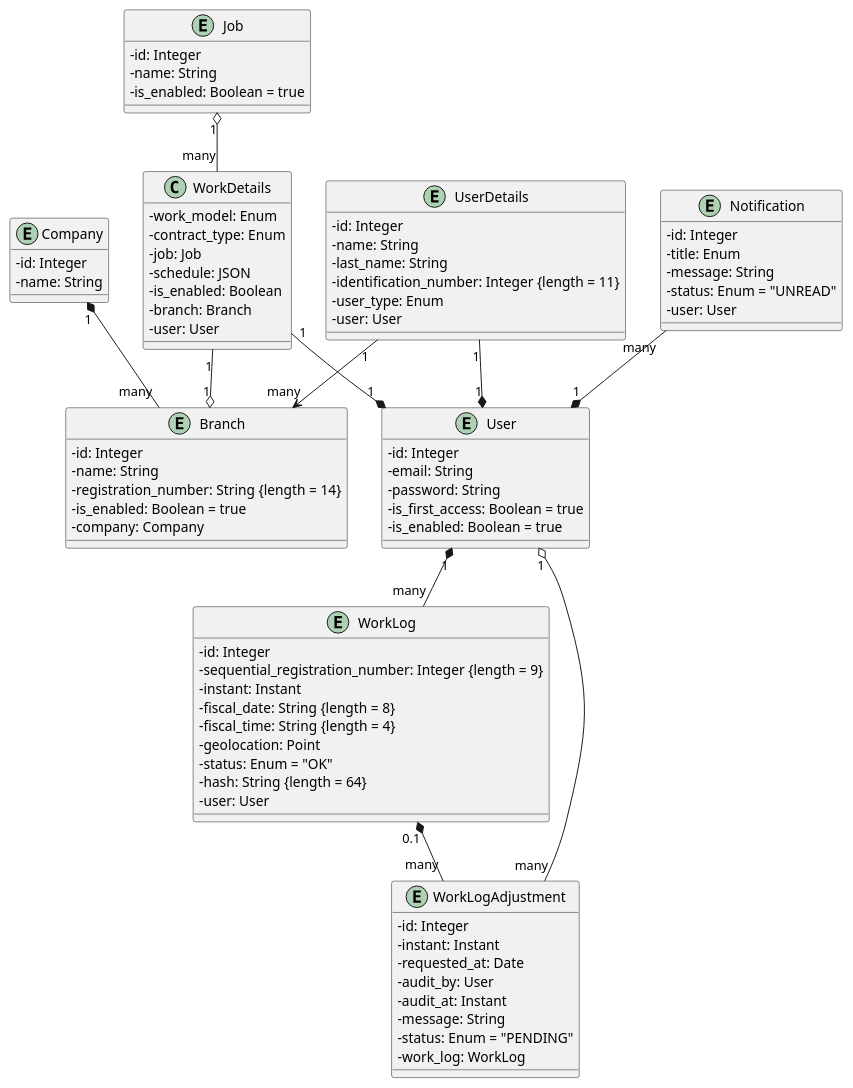
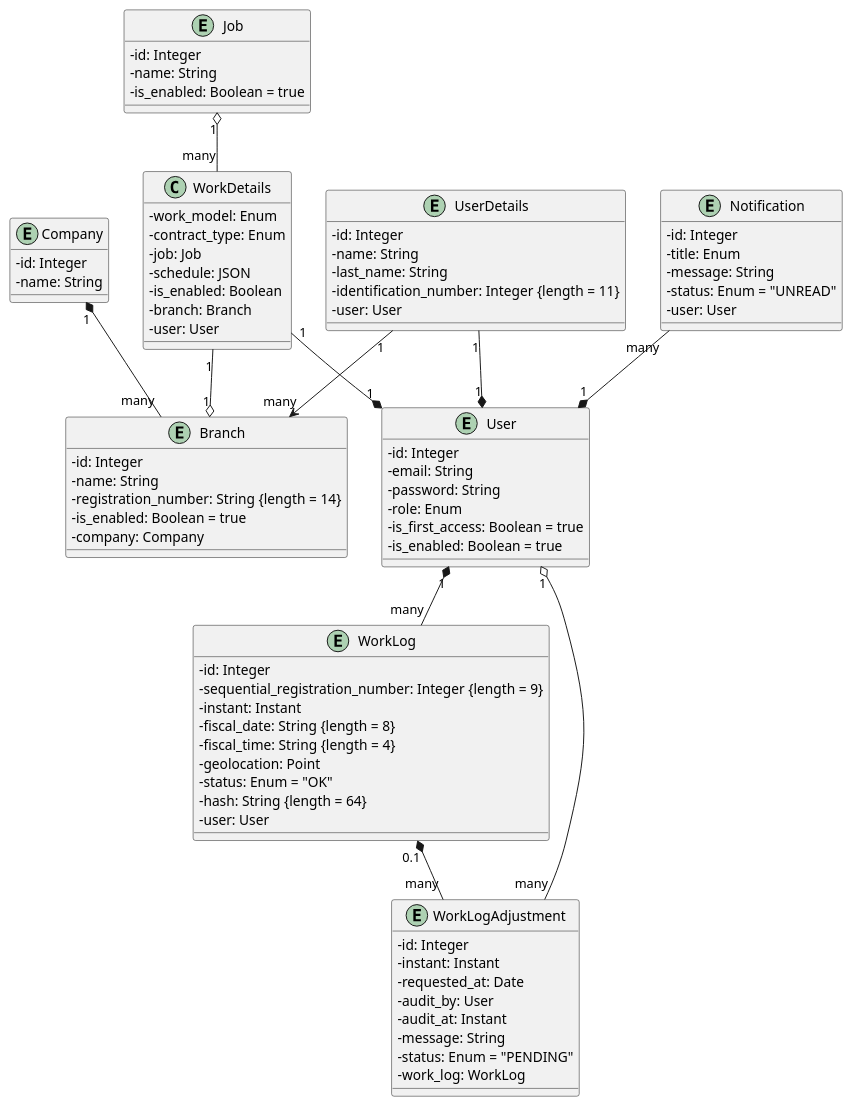
The diagram in docs/diagrams/business.wsd (yamacinelli/elefante), drawn with PlantUML before and after one commit. The commit also changed 21 other files, not shown here.

```diff
--- a/docs/diagrams/business.wsd
+++ b/docs/diagrams/business.wsd
@@ -1,115 +1,115 @@
 @startuml business
 skinparam classAttributeIconSize 0
 
 ' ===== Job =====
 entity "Job" {
   - id: Integer
   - name: String
   - is_enabled: Boolean = true
 }
 
 ' ===== Work Details =====
 class WorkDetails {
   - work_model: Enum
   - contract_type: Enum
   - job: Job
   - schedule: JSON
   - is_enabled: Boolean
   - branch: Branch
   - user: User
 }
 
 ' ===== Company =====
 entity Company {
   - id: Integer
   - name: String
 }
 
 ' ===== Branch =====
 entity Branch {
   - id: Integer
   - name: String
   - registration_number: String {length = 14}
   - is_enabled: Boolean = true
   - company: Company
 }
 
 ' ===== User Details =====
 entity UserDetails {
   - id: Integer
   - name: String
   - last_name: String
   - identification_number: Integer {length = 11}
-  - user_type: Enum
   - user: User
 }
 
 ' ===== User =====
 entity User {
   - id: Integer
   - email: String
   - password: String
+  - role: Enum
   - is_first_access: Boolean = true
   - is_enabled: Boolean = true
 }
 
 ' ===== Work Log =====
 entity WorkLog {
   - id: Integer
   - sequential_registration_number: Integer {length = 9}
   - instant: Instant
   - fiscal_date: String {length = 8}
   - fiscal_time: String {length = 4}
   - geolocation: Point
   - status: Enum = "OK"
   - hash: String {length = 64}
   - user: User
 }
 
 ' ===== Work Log Adjustment =====
 entity WorkLogAdjustment {
   - id: Integer
   - instant: Instant
   - requested_at: Date
   - audit_by: User
   - audit_at: Instant
   - message: String
   - status: Enum = "PENDING"
   - work_log: WorkLog
 }
 
 ' ===== Notification =====
 entity Notification {
   - id: Integer
   - title: Enum
   - message: String
   - status: Enum = "UNREAD"
   - user: User
 }
 
 ' ===== Relationships =====
 
 ' Job
 Job "1" o-- "many" WorkDetails
 
 ' Company
 Company "1" *-- "many" Branch
 
 ' UserDetails
 UserDetails "1" --* "1" User
 UserDetails "1" --> "many" Branch
 
 ' Notification
 Notification "many" --* "1" User
 
 ' WorkDetails
 WorkDetails "1" --o "1" Branch
 WorkDetails "1" --* "1" User
 
 ' WorkLog
 User "1" *-- "many" WorkLog
 WorkLog "0.1" *-- "many" WorkLogAdjustment
 
 ' WorkLogAdjustment
 WorkLogAdjustment "many" --o "1" User
 @enduml
```
